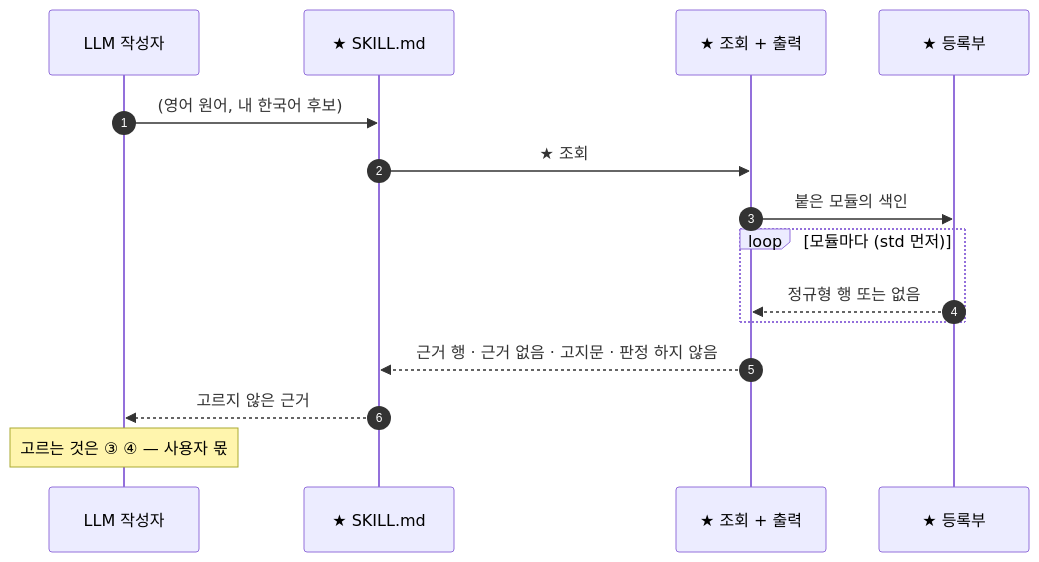
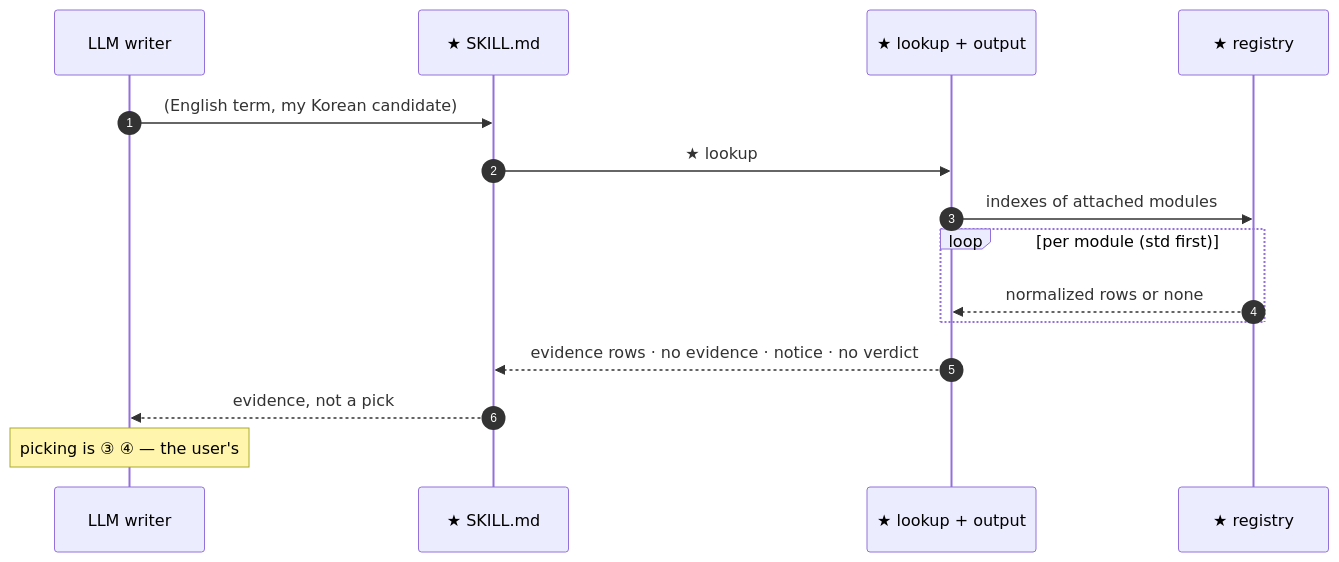
Before and after one commit to DogGuyMan/Agent-Report-Build-Pipeline: the fifth of 9 diagrams in docs/superpowers/plans/2026-10-28-ko-dev-terms.md, drawn with Mermaid. The commit also changed other lines of this file and 1 other file, not shown here.

Commit message:
[docs] : plans - ko-dev-terms 계획을 영어 정본과 한국어 번역본 두 파일로

````diff
--- a/docs/superpowers/plans/2026-10-28-ko-dev-terms.md
+++ b/docs/superpowers/plans/2026-10-28-ko-dev-terms.md
@@ -272,17 +280,17 @@
 ```mermaid
 sequenceDiagram
     autonumber
-    participant L as LLM 작성자
+    participant L as LLM writer
     participant S as ★ SKILL.md
-    participant Q as ★ 조회 + 출력
-    participant R as ★ 등록부
-    L->>S: (영어 원어, 내 한국어 후보)
-    S->>Q: ★ 조회
-    Q->>R: 붙은 모듈의 색인
-    loop 모듈마다 (std 먼저)
-        R-->>Q: 정규형 행 또는 없음
+    participant Q as ★ lookup + output
+    participant R as ★ registry
+    L->>S: (English term, my Korean candidate)
+    S->>Q: ★ lookup
+    Q->>R: indexes of attached modules
+    loop per module (std first)
+        R-->>Q: normalized rows or none
     end
-    Q-->>S: 근거 행 · 근거 없음 · 고지문 · 판정 하지 않음
-    S-->>L: 고르지 않은 근거
-    Note over L: 고르는 것은 ③ ④ — 사용자 몫
+    Q-->>S: evidence rows · no evidence · notice · no verdict
+    S-->>L: evidence, not a pick
+    Note over L: picking is ③ ④ — the user's
 ```
````
